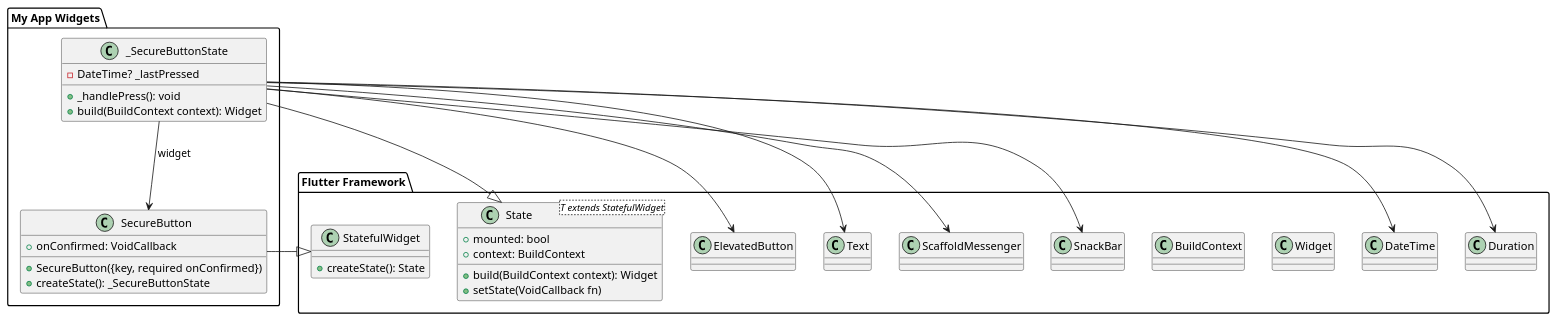
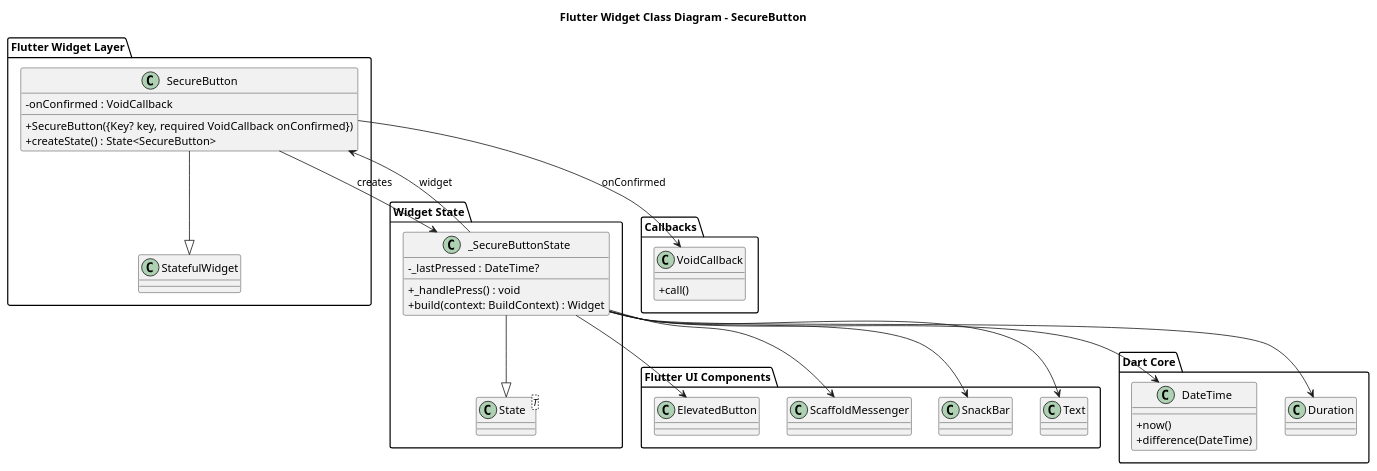
One commit to MirkoThulke/Dart_Flutter_Sudoku changed the diagram in lib/home/secure_button.puml. Above: the diagram before and after it, drawn with PlantUML. The commit also changed 42 other files, not shown here.

Commit message:
Doc: PlantUml update

```diff
--- a/lib/home/secure_button.puml
+++ b/lib/home/secure_button.puml
@@ -1,52 +1,78 @@
-@startuml
-' Flutter framework package
-package "Flutter Framework" {
-    class StatefulWidget {
-        +createState(): State
-    }
+@startuml SecureButton_ClassDiagram
+title Flutter Widget Class Diagram - SecureButton
 
-    class State<T extends StatefulWidget> {
-        +build(BuildContext context): Widget
-        +setState(VoidCallback fn)
-        +mounted: bool
-        +context: BuildContext
-    }
+skinparam classAttributeIconSize 0
+skinparam shadowing false
 
-    class Widget
-    class BuildContext
-    class ElevatedButton
-    class Text
-    class ScaffoldMessenger
-    class SnackBar
-    class DateTime
-    class Duration
+package "Flutter Widget Layer" {
+
+class SecureButton {
+-onConfirmed : VoidCallback
++SecureButton({Key? key, required VoidCallback onConfirmed})
++createState() : State<SecureButton>
 }
 
-package "My App Widgets" {
-    class SecureButton {
-        +SecureButton({key, required onConfirmed})
-        +createState(): _SecureButtonState
-        +onConfirmed: VoidCallback
-    }
+class StatefulWidget
+SecureButton --|> StatefulWidget
 
-    class _SecureButtonState {
-        -DateTime? _lastPressed
-        +_handlePress(): void
-        +build(BuildContext context): Widget
-    }
 }
 
-' Inheritance
-SecureButton -|> StatefulWidget
-_SecureButtonState -|> State
+package "Widget State" {
 
-' Composition / usage relationships
+class _SecureButtonState {
+-_lastPressed : DateTime?
++_handlePress() : void
++build(context: BuildContext) : Widget
+}
+
+class State<T>
+
+_SecureButtonState --|> State
+
+}
+
+package "Flutter UI Components" {
+
+class ElevatedButton
+class ScaffoldMessenger
+class SnackBar
+class Text
+
+}
+
+package "Dart Core" {
+
+class DateTime {
++now()
++difference(DateTime)
+}
+
+class Duration
+
+}
+
+package "Callbacks" {
+
+class VoidCallback {
++call()
+}
+
+}
+
+'-----------------------------------
+' Relationships
+'-----------------------------------
+
+SecureButton --> VoidCallback : onConfirmed
+SecureButton --> _SecureButtonState : creates
+
+_SecureButtonState --> SecureButton : widget
+_SecureButtonState --> DateTime
+_SecureButtonState --> Duration
+
 _SecureButtonState --> ElevatedButton
-_SecureButtonState --> Text
 _SecureButtonState --> ScaffoldMessenger
 _SecureButtonState --> SnackBar
-_SecureButtonState --> DateTime
-_SecureButtonState --> Duration
-_SecureButtonState --> SecureButton : widget
+_SecureButtonState --> Text
 
 @enduml
```
